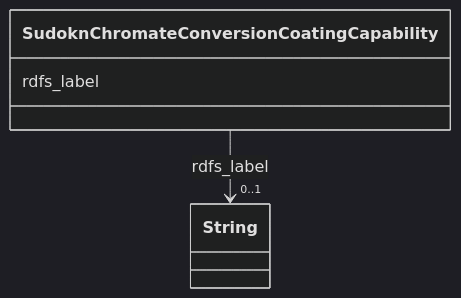
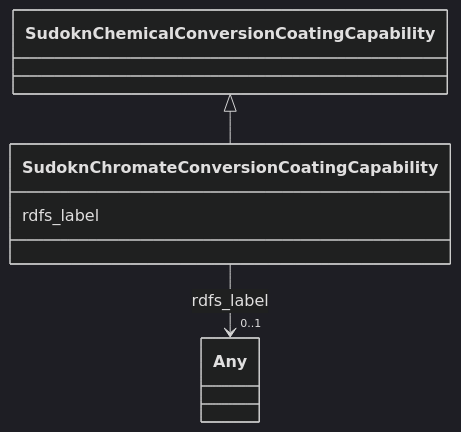
One commit to frink-okn/graph-descriptions changed the diagram in sudokn-kg/classes/SudoknChromateConversionCoatingCapability.md. Above: the diagram before and after it, drawn with Mermaid (dark theme). The commit also changed other lines of this file and 903 other files, not shown here.

````diff
--- a/sudokn-kg/classes/SudoknChromateConversionCoatingCapability.md
+++ b/sudokn-kg/classes/SudoknChromateConversionCoatingCapability.md
@@ -23,15 +18,18 @@
 ```mermaid
  classDiagram
     class SudoknChromateConversionCoatingCapability
     click SudoknChromateConversionCoatingCapability href "../SudoknChromateConversionCoatingCapability"
+      SudoknChemicalConversionCoatingCapability <|-- SudoknChromateConversionCoatingCapability
+        click SudoknChemicalConversionCoatingCapability href "../SudoknChemicalConversionCoatingCapability"
+      
       SudoknChromateConversionCoatingCapability : rdfs_label
         
           
     
     
-    SudoknChromateConversionCoatingCapability --> "0..1" String : rdfs_label
-    click String href "../String"
+    SudoknChromateConversionCoatingCapability --> "0..1" Any : rdfs_label
+    click Any href "../Any"
 
         
       
 ```
````
